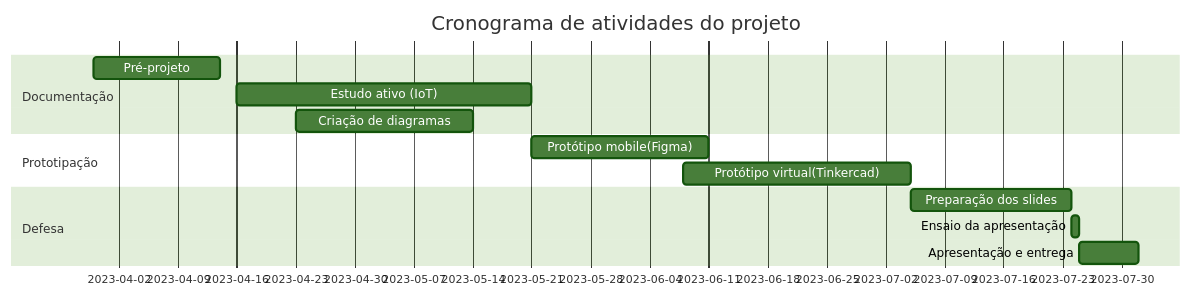
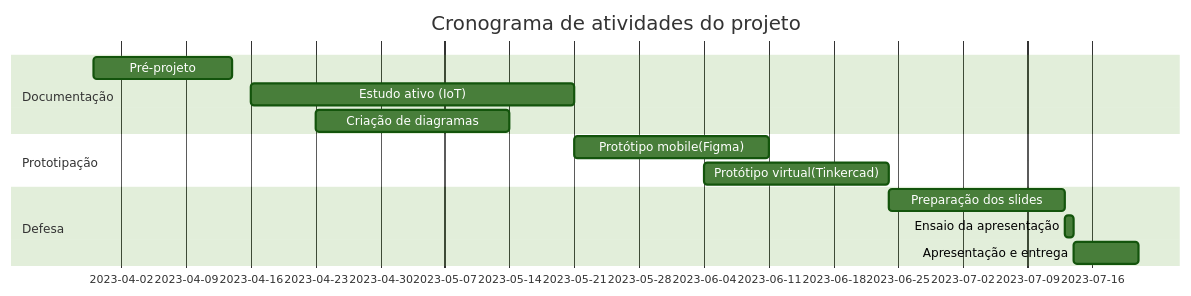
Before and after one commit to AgathaSena/Projeto-Integrador-II: the diagram in README.md, drawn with Mermaid (forest theme).

````diff
--- a/README.md
+++ b/README.md
@@ -6,16 +6,16 @@
  ```mermaid
     gantt
     title Cronograma de atividades do projeto
     dateFormat  YYYY-MM-DD
     section Documentação
     Pré-projeto     :a1,  2023-03-30, 15d
     Estudo ativo (IoT)   :a2, 2023-04-16, 35d
     Criação de diagramas     :c3,  2023-04-23, 21d
     section Prototipação
     Protótipo mobile(Figma)      :c1, after a2, 21d
-    Protótipo virtual(Tinkercad)      :c2,  2023-06-08, 27d
+    Protótipo virtual(Tinkercad)      :c2,  2023-06-04, 20d
     section Defesa
     Preparação dos slides :p1, after c2, 19d
     Ensaio da apresentação :p2, after p1, 01d
     Apresentação e entrega  :p3, after p2, 07d
 ``` 
````
